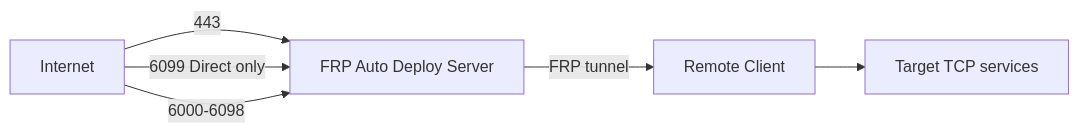
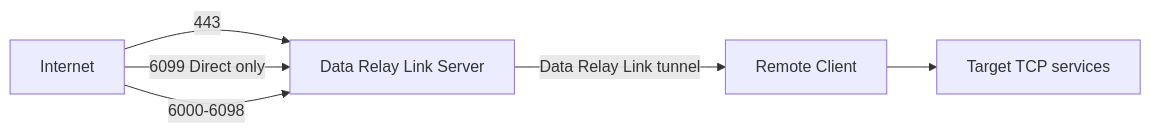
The first of 2 diagrams in ko/reference/network-ports.mdx (datarelay-labs/data-relay-link-docs), drawn with Mermaid before and after one commit. The commit also changed other lines of this file and 32 other files, not shown here.

````diff
--- a/ko/reference/network-ports.mdx
+++ b/ko/reference/network-ports.mdx
@@ -14,8 +14,8 @@
 ```mermaid
 flowchart LR
-    I[Internet] -->|443| S[FRP Auto Deploy Server]
+    I[Internet] -->|443| S[Data Relay Link Server]
     I -->|6099 Direct only| S
     I -->|6000-6098| S
-    S -->|FRP tunnel| C[Remote Client]
+    S -->|Data Relay Link tunnel| C[Remote Client]
     C --> T[Target TCP services]
 ```
````
